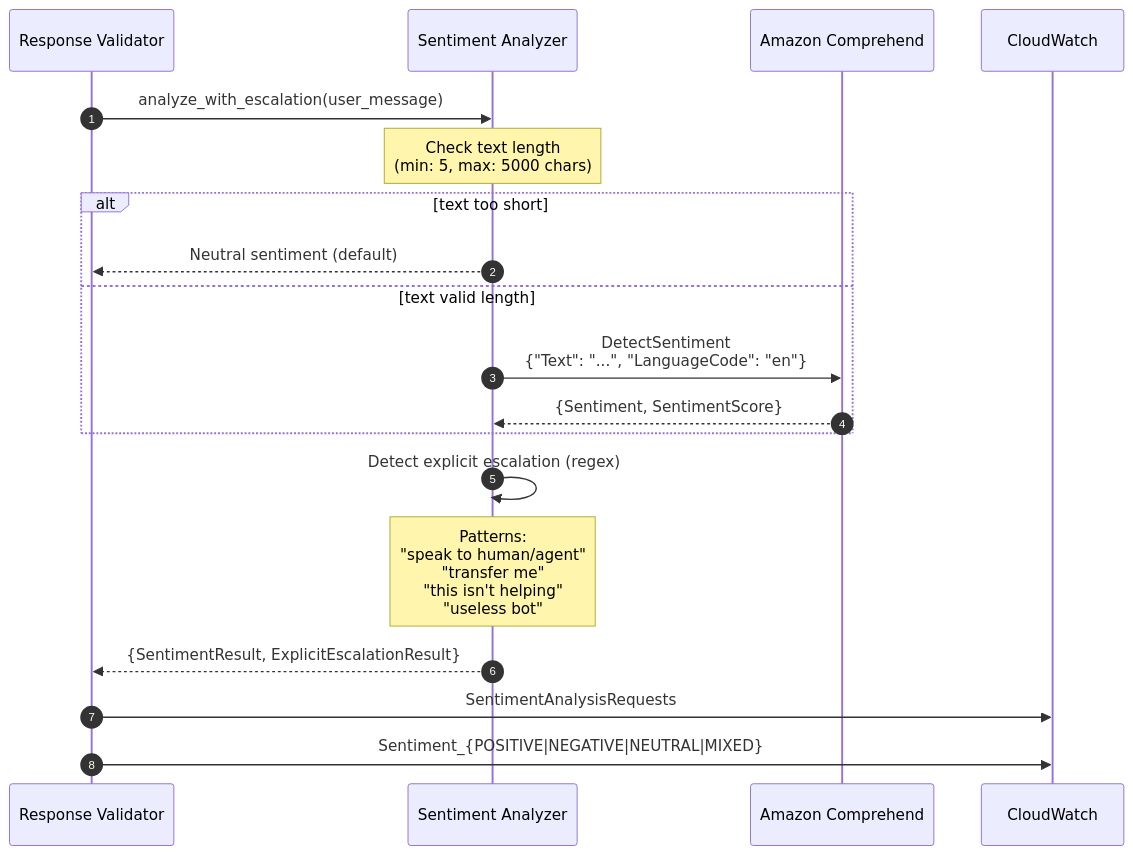
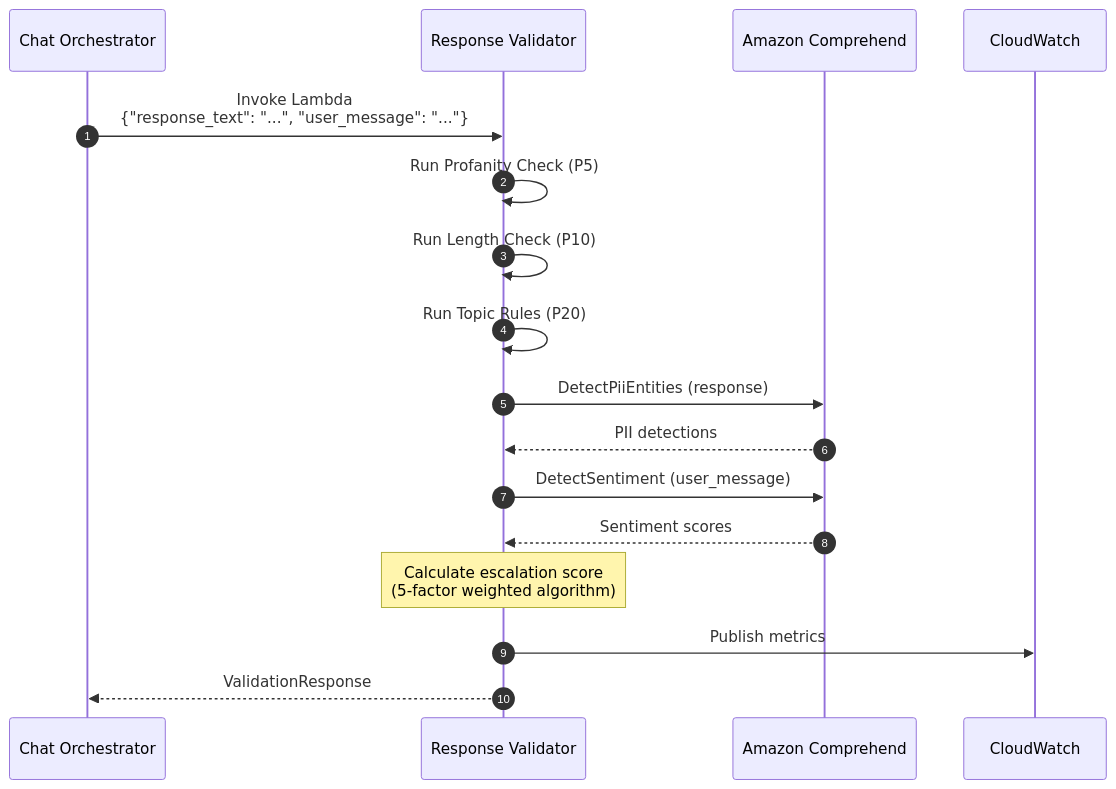
The third of 4 diagrams in docs/architecture/data-flow.md (jujubear24/ai-customer-service-bot), drawn with Mermaid before and after one commit. The commit also changed other lines of this file and 3 other files, not shown here.

````diff
--- a/docs/architecture/data-flow.md
+++ b/docs/architecture/data-flow.md
@@ -480,26 +230,25 @@
 ```mermaid
 sequenceDiagram
     autonumber
+    participant CO as Chat Orchestrator
     participant RV as Response Validator
-    participant SA as Sentiment Analyzer
     participant CP as Amazon Comprehend
     participant CW as CloudWatch
 
-    RV->>SA: analyze_with_escalation(user_message)
+    CO->>RV: Invoke Lambda<br/>{"response_text": "...", "user_message": "..."}
 
-    Note over SA: Check text length<br/>(min: 5, max: 5000 chars)
+    RV->>RV: Run Profanity Check (P5)
+    RV->>RV: Run Length Check (P10)
+    RV->>RV: Run Topic Rules (P20)
 
-    alt text too short
-        SA-->>RV: Neutral sentiment (default)
-    else text valid length
-        SA->>CP: DetectSentiment<br/>{"Text": "...", "LanguageCode": "en"}
-        CP-->>SA: {Sentiment, SentimentScore}
-    end
+    RV->>CP: DetectPiiEntities (response)
+    CP-->>RV: PII detections
 
-    SA->>SA: Detect explicit escalation (regex)
-    Note over SA: Patterns:<br/>"speak to human/agent"<br/>"transfer me"<br/>"this isn't helping"<br/>"useless bot"
+    RV->>CP: DetectSentiment (user_message)
+    CP-->>RV: Sentiment scores
 
-    SA-->>RV: {SentimentResult, ExplicitEscalationResult}
-    RV->>CW: SentimentAnalysisRequests
-    RV->>CW: Sentiment_{POSITIVE|NEGATIVE|NEUTRAL|MIXED}
+    Note over RV: Calculate escalation score<br/>(5-factor weighted algorithm)
+
+    RV->>CW: Publish metrics
+    RV-->>CO: ValidationResponse
 ```
````
